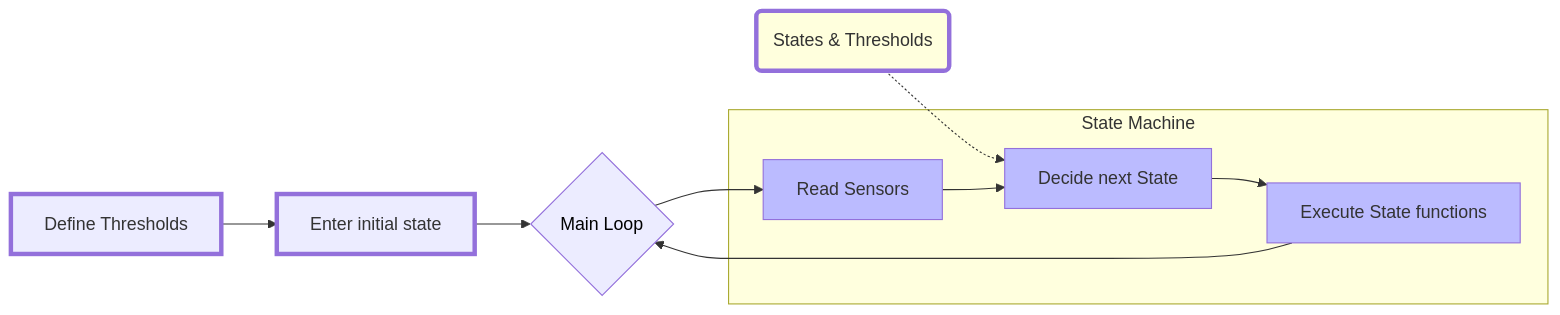
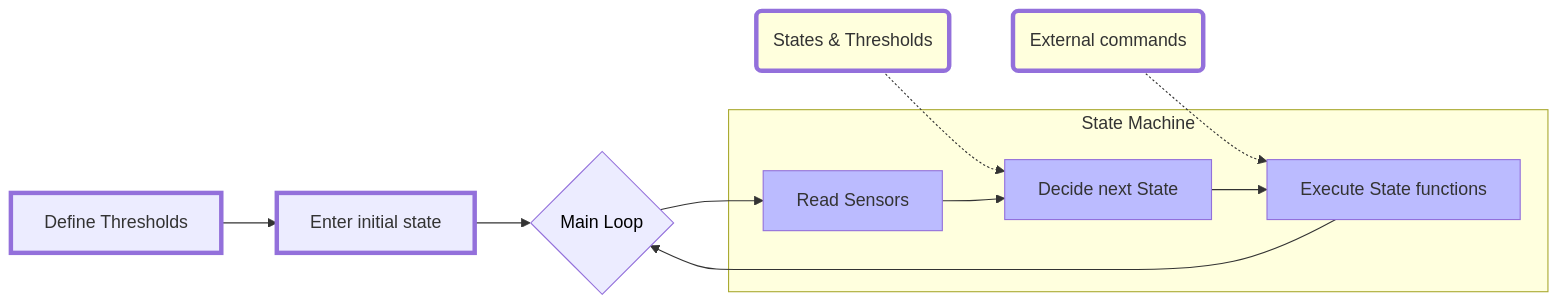
Before and after one commit to marius-ne/AQUIS: the diagram in README.md, drawn with Mermaid. The commit also changed other lines of this file, not shown here.

````diff
--- a/README.md
+++ b/README.md
@@ -13,27 +13,31 @@
 ```mermaid
 
 flowchart LR
 
 Node1[Define Thresholds] --> Node2[Enter initial state]
 Node2 --> Node3{Main Loop}
 
 style Node1 stroke-width:4px
 style Node2 stroke-width:4px
 style Node3 color:#000
 
 Node10(States & Thresholds) -.-> Node5
+Node11(External commands) -.-> Node6
+
 style Node10 stroke-width:4px, fill:#ffd
+style Node11 stroke-width:4px, fill:#ffd
+
 Node6[Execute State functions] --> Node3
 Node3 --> Node4[Read Sensors]
 
 subgraph "State Machine"
   
   Node4 --> Node5[Decide next State] 
   style Node5 fill:#bbf
   style Node4 fill:#bbf
   style Node6 fill:#bbf
   Node5 --> Node6
   
 end
 
 ```
````
